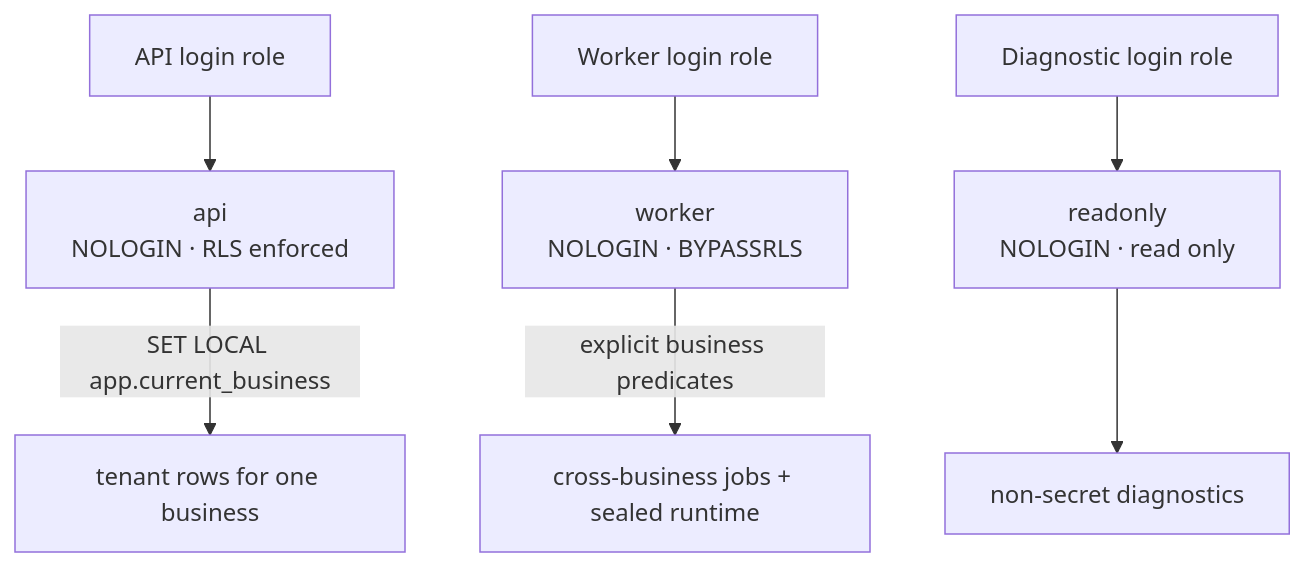
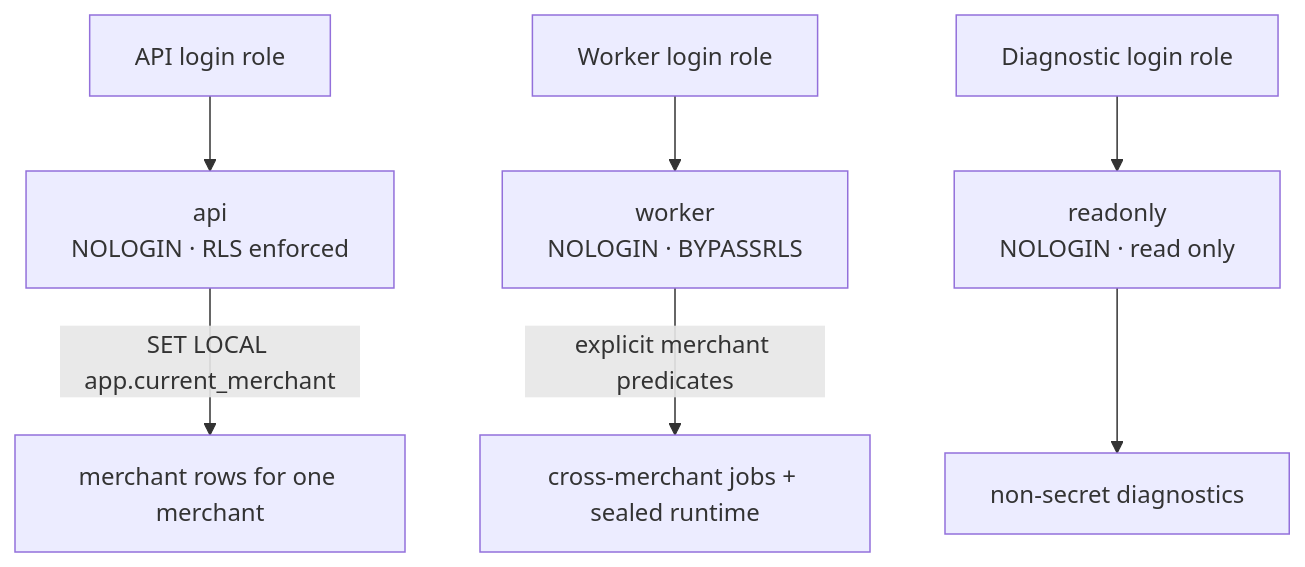
The sixth of 17 diagrams in docs/architecture/umi-platform-architecture-presentation.md (umiconsulting/umi), drawn with Mermaid before and after one commit. The commit also changed other lines of this file and 214 other files, not shown here.

````diff
--- a/docs/architecture/umi-platform-architecture-presentation.md
+++ b/docs/architecture/umi-platform-architecture-presentation.md
@@ -333,10 +333,10 @@
 ```mermaid
 flowchart TB
   AppLogin["API login role"] --> API["api<br/>NOLOGIN · RLS enforced"]
   WorkerLogin["Worker login role"] --> Worker["worker<br/>NOLOGIN · BYPASSRLS"]
   AnalystLogin["Diagnostic login role"] --> Readonly["readonly<br/>NOLOGIN · read only"]
 
-  API -->|"SET LOCAL app.current_business"| Tenant["tenant rows for one business"]
-  Worker -->|"explicit business predicates"| All["cross-business jobs + sealed runtime"]
+  API -->|"SET LOCAL app.current_merchant"| Merchant["merchant rows for one merchant"]
+  Worker -->|"explicit merchant predicates"| All["cross-merchant jobs + sealed runtime"]
   Readonly --> Safe["non-secret diagnostics"]
 ```
````
